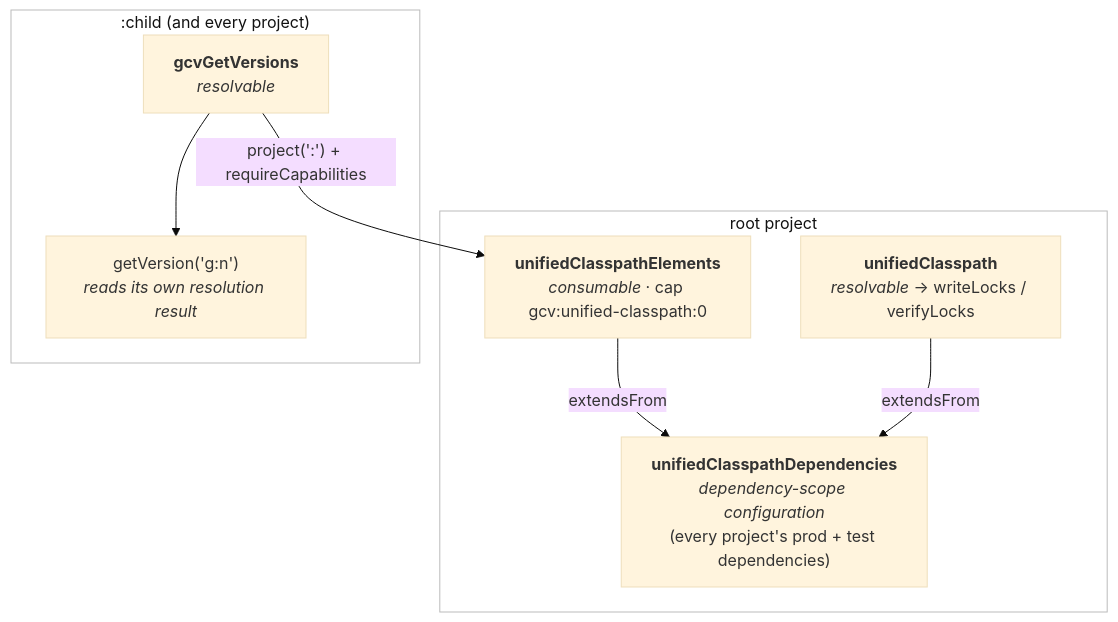
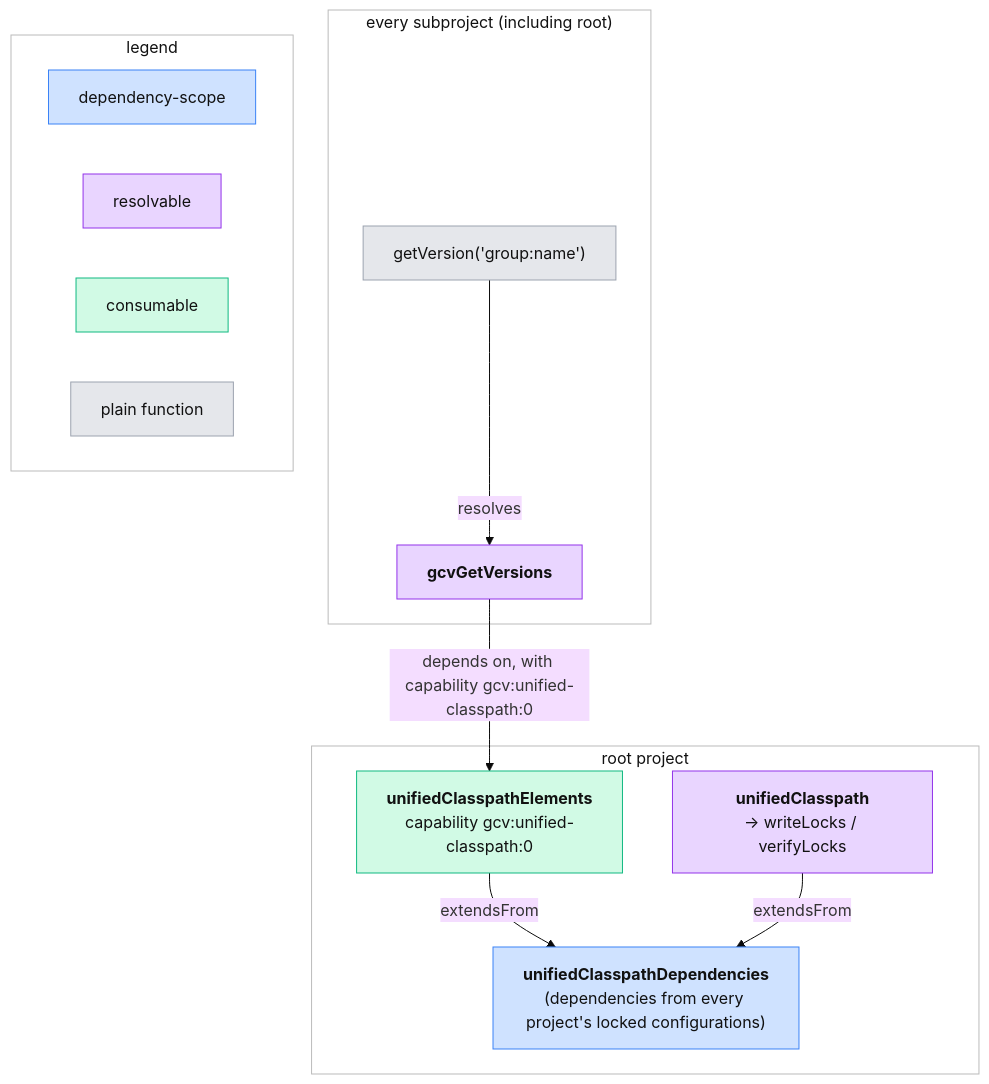
The diagram in docs/adr/0001-getversion-per-project-resolution.md (palantir/gradle-consistent-versions), drawn with Mermaid (base theme) before and after one commit.

Commit message:
improve mermaid

````diff
--- a/docs/adr/0001-getversion-per-project-resolution.md
+++ b/docs/adr/0001-getversion-per-project-resolution.md
@@ -43,19 +43,38 @@
 ```mermaid
 flowchart TD
     subgraph root["root project"]
-        dependencies["<b>unifiedClasspathDependencies</b><br/><i>dependency-scope configuration</i><br/>(every project's prod + test dependencies)"]
-        elements["<b>unifiedClasspathElements</b><br/><i>consumable</i> · cap gcv:unified-classpath:0"]
-        unified["<b>unifiedClasspath</b><br/><i>resolvable</i> → writeLocks / verifyLocks"]
+        dependencies["<b>unifiedClasspathDependencies</b><br/>(dependencies from every project's locked configurations)"]
+        elements["<b>unifiedClasspathElements</b><br/>capability gcv:unified-classpath:0"]
+        unified["<b>unifiedClasspath</b><br/>→ writeLocks / verifyLocks"]
         elements -->|extendsFrom| dependencies
         unified -->|extendsFrom| dependencies
     end
-    subgraph child[":child (and every project)"]
-        getv["<b>gcvGetVersions</b><br/><i>resolvable</i>"]
-        gv["getVersion('g:n')<br/><i>reads its own resolution result</i>"]
-        getv --> gv
+    subgraph child["every subproject (including root)"]
+        gv["getVersion('group:name')"]
+        getv["<b>gcvGetVersions</b>"]
+        gv -->|resolves| getv
     end
-    getv -->|"project(':') + requireCapabilities"| elements
+    getv -->|"depends on, with capability gcv:unified-classpath:0"| elements
+
+    subgraph legend["legend"]
+        direction LR
+        lDep["dependency-scope"]:::declarable
+        lRes["resolvable"]:::resolvable
+        lCon["consumable"]:::consumable
+        lFn["plain function"]:::func
+    end
+
+    classDef declarable fill:#cfe2ff,stroke:#3b82f6,color:#111
+    classDef resolvable fill:#e9d5ff,stroke:#9333ea,color:#111
+    classDef consumable fill:#d1fae5,stroke:#10b981,color:#111
+    classDef func fill:#e5e7eb,stroke:#9ca3af,color:#111
+
+    class dependencies declarable
+    class unified,getv resolvable
+    class elements consumable
+    class gv func
 
     style root fill:none,stroke:#bbb,color:#111
     style child fill:none,stroke:#bbb,color:#111
+    style legend fill:none,stroke:#bbb,color:#111
 ```
````
